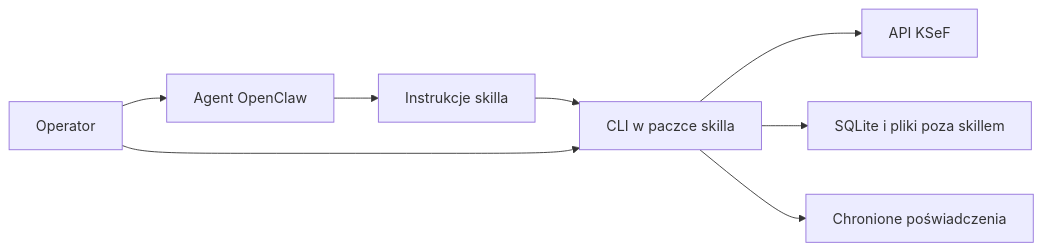
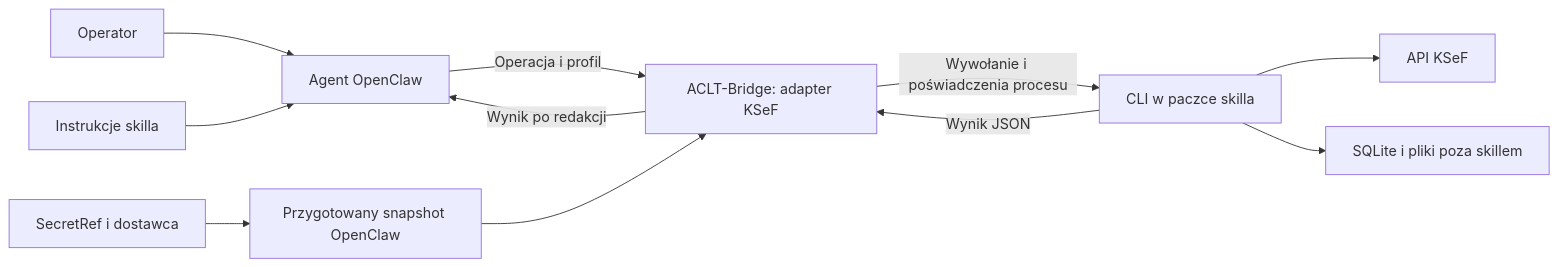
Before and after one commit to szymongalka/ACLI-KSeF: the diagram in SPECYFIKACJA.md, drawn with Mermaid. The commit also changed other lines of this file and 5 other files, not shown here.

Commit message:
Plan KSeF credential delivery through ACLT-Bridge

````diff
--- a/SPECYFIKACJA.md
+++ b/SPECYFIKACJA.md
@@ -32,10 +32,13 @@
 ```mermaid
 flowchart LR
     U[Operator] --> A[Agent OpenClaw]
-    A --> S[Instrukcje skilla]
-    S --> C[CLI w paczce skilla]
-    U --> C
+    S[Instrukcje skilla] --> A
+    A -->|Operacja i profil| B[ACLT-Bridge: adapter KSeF]
+    R[SecretRef i dostawca] --> O[Przygotowany snapshot OpenClaw]
+    O --> B
+    B -->|Wywołanie i poświadczenia procesu| C[CLI w paczce skilla]
     C --> K[API KSeF]
     C --> D[SQLite i pliki poza skillem]
-    C --> R[Chronione poświadczenia]
+    C -->|Wynik JSON| B
+    B -->|Wynik po redakcji| A
 ```
````
